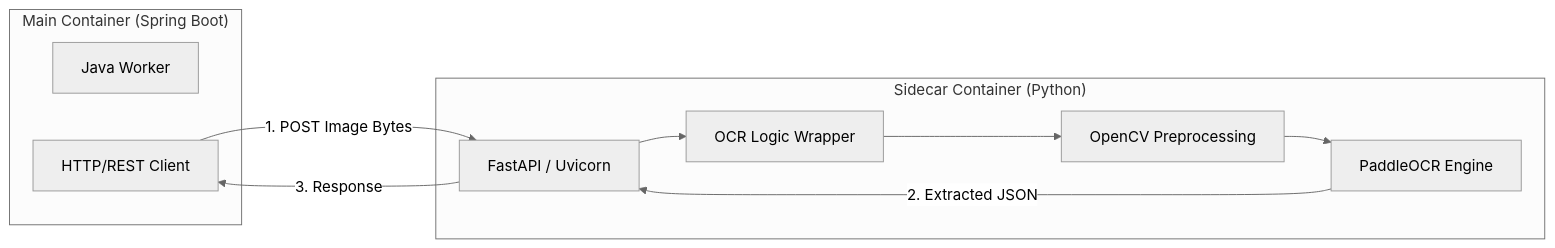
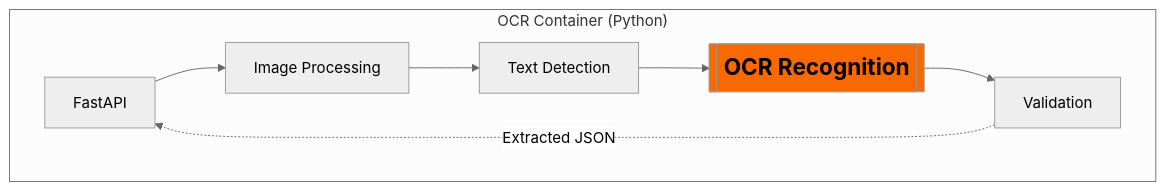
One commit to unilewis/claude-pod-recognize changed the diagram in docs/python_sidecar_design.md. Above: the diagram before and after it, drawn with Mermaid (neutral theme). The commit also changed 7 other files, not shown here.

````diff
--- a/docs/python_sidecar_design.md
+++ b/docs/python_sidecar_design.md
@@ -7,21 +7,15 @@
 ```mermaid
 graph LR
-    subgraph "Main Container (Spring Boot)"
-        Worker[Java Worker]
-        Client[HTTP/REST Client]
+
+    subgraph "OCR Container (Python)"
+        direction LR
+        API[FastAPI] --> Logic[Image Processing]
+        Logic --> Pre[Text Detection]
+        Pre --> Model[[OCR Recognition]]
+        Model --> Post[Validation]
+        Post -.->|Extracted JSON| API
     end
 
-    subgraph "Sidecar Container (Python)"
-        API[FastAPI / Uvicorn]
-        Logic[OCR Logic Wrapper]
-        Pre[OpenCV Preprocessing]
-        Model[PaddleOCR Engine]
-    end
-
-    Client -->|1. POST Image Bytes| API
-    API --> Logic
-    Logic --> Pre
-    Pre --> Model
-    Model -->|2. Extracted JSON| API
-    API -->|3. Response| Client
+    style Model fill:#FA6800 
+    style Model font-weight:bold,font-size:24px
 ```
````
